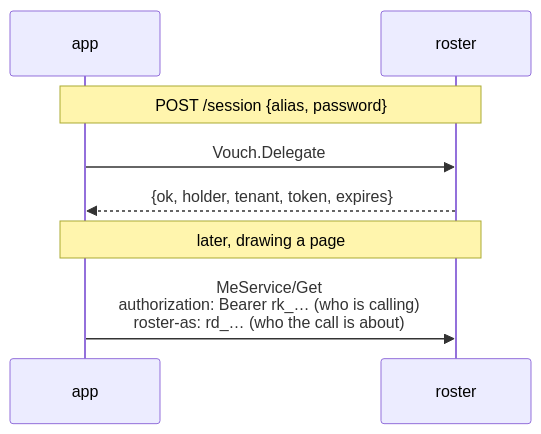
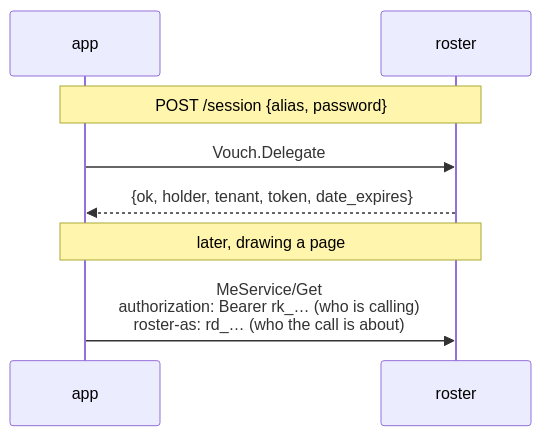
Before and after one commit to lesomnus/roster: the seventh of 7 diagrams in docs/login.md, drawn with Mermaid. The commit also changed other lines of this file and 59 other files, not shown here.

````diff
--- a/docs/login.md
+++ b/docs/login.md
@@ -1083,12 +1083,12 @@
 ```mermaid
 sequenceDiagram
   participant A as app
   participant R as roster
 
   Note over A,R: POST /session {alias, password}
   A->>R: Vouch.Delegate
-  R-->>A: {ok, holder, tenant, token, expires}
+  R-->>A: {ok, holder, tenant, token, date_expires}
 
   Note over A,R: later, drawing a page
   A->>R: MeService/Get<br/>authorization: Bearer rk_… (who is calling)<br/>roster-as: rd_… (who the call is about)
 ```
````
